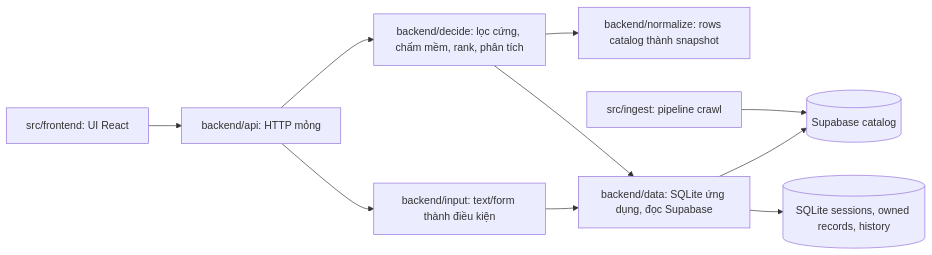
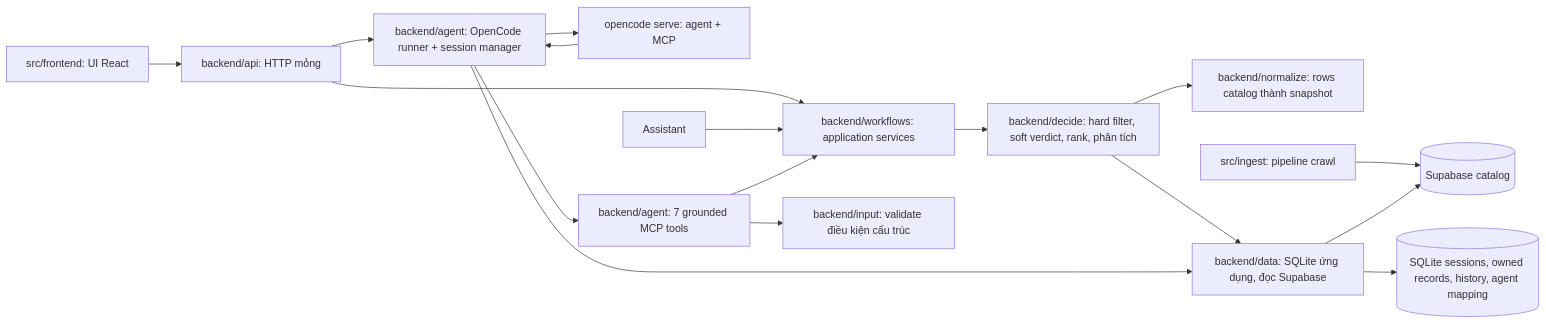
One commit to graviton711/HCMUS-x-HCMUT---TMA changed the diagram in docs/system-architecture.md. Above: the diagram before and after it, drawn with Mermaid. The commit also changed other lines of this file and 106 other files, not shown here.

````diff
--- a/docs/system-architecture.md
+++ b/docs/system-architecture.md
@@ -5,12 +5,19 @@
 ```mermaid
 flowchart LR
     Client[src/frontend: UI React] --> API[backend/api: HTTP mỏng]
-    API --> Input[backend/input: text/form thành điều kiện]
-    API --> Decide[backend/decide: lọc cứng, chấm mềm, rank, phân tích]
+    API --> Agent[backend/agent: OpenCode runner + session manager]
+    Agent --> OpenCode[opencode serve: agent + MCP]
+    OpenCode --> Agent
+    API --> Workflow[backend/workflows: application services]
+    Assistant --> Workflow
+    Agent --> MCP[backend/agent: 7 grounded MCP tools]
+    MCP --> Input[backend/input: validate điều kiện cấu trúc]
+    MCP --> Workflow
+    Workflow --> Decide[backend/decide: hard filter, soft verdict, rank, phân tích]
     Decide --> Norm[backend/normalize: rows catalog thành snapshot]
     Decide --> Data[backend/data: SQLite ứng dụng, đọc Supabase]
-    Input --> Data
+    Agent --> Data
     Ingest[src/ingest: pipeline crawl] --> Catalog[(Supabase catalog)]
     Data --> Catalog
-    Data --> SQLite[(SQLite sessions, owned records, history)]
+    Data --> SQLite[(SQLite sessions, owned records, history, agent mapping)]
 ```
````
